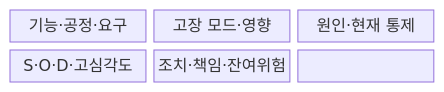
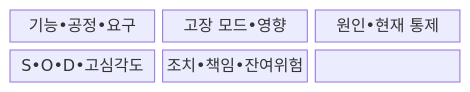
Before and after one commit to agnusdei1207/knowledge-base: the first of 2 diagrams in src/content/docs/notes/06-evaluation/028_fmea_failure_mode_effect_analysis.md, drawn with Mermaid. The commit also changed other lines of this file and 953 other files, not shown here.

````diff
--- a/src/content/docs/notes/06-evaluation/028_fmea_failure_mode_effect_analysis.md
+++ b/src/content/docs/notes/06-evaluation/028_fmea_failure_mode_effect_analysis.md
@@ -67,11 +67,11 @@
 ```mermaid
 block-beta
   columns 3
-  F["기능·공정·요구"]
-  M["고장 모드·영향"]
-  C["원인·현재 통제"]
-  R["S·O·D·고심각도"]
-  A["조치·책임·잔여위험"]
+  F["기능•공정•요구"]
+  M["고장 모드•영향"]
+  C["원인•현재 통제"]
+  R["S•O•D•고심각도"]
+  A["조치•책임•잔여위험"]
   F --- M --- C
   C --- R --- A
 ```
````
